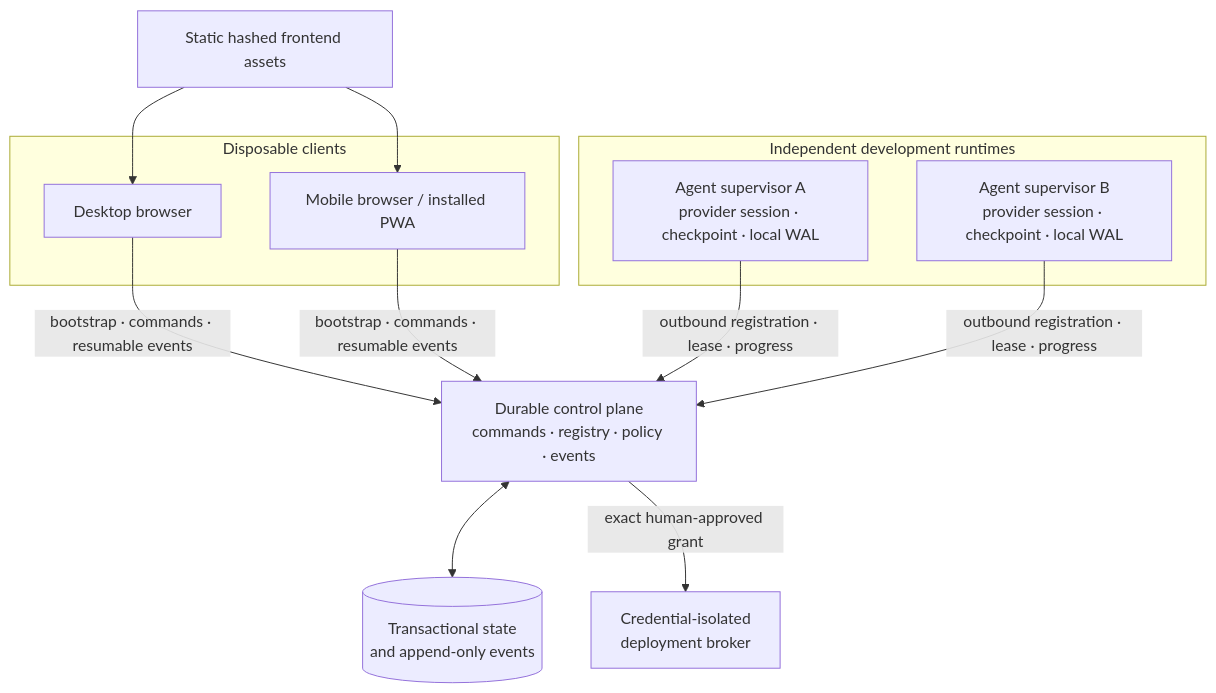
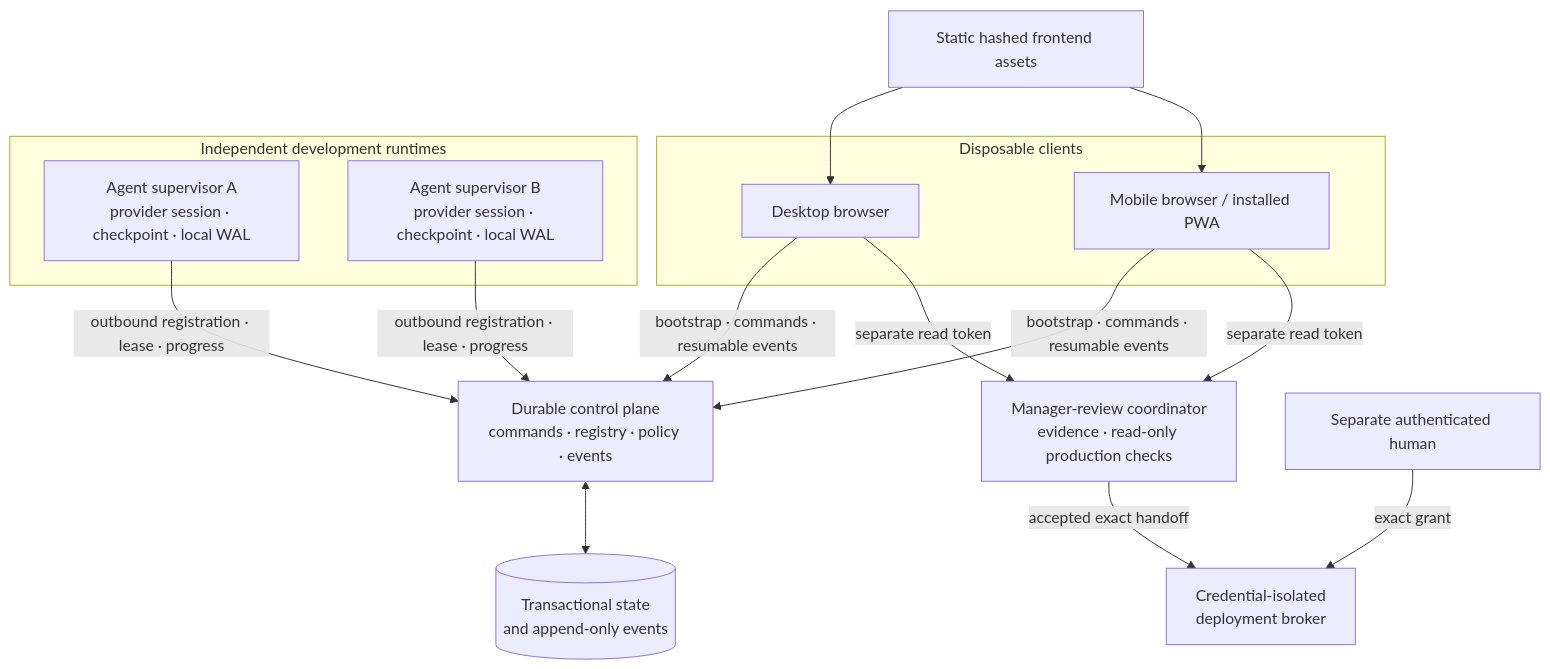
Before and after one commit to jsongga/nexus-seventeen: the diagram in docs/FRONTEND_CONTROL_PLANE.md, drawn with Mermaid. The commit also changed other lines of this file and 25 other files, not shown here.

Commit message:
[steward] fence manager reviews and expose human checks

````diff
--- a/docs/FRONTEND_CONTROL_PLANE.md
+++ b/docs/FRONTEND_CONTROL_PLANE.md
@@ -30,26 +31,31 @@
 ```mermaid
 flowchart TB
     subgraph clients[Disposable clients]
         desktop[Desktop browser]
         mobile[Mobile browser / installed PWA]
     end
 
     assets[Static hashed frontend assets]
     control[Durable control plane\ncommands · registry · policy · events]
     store[(Transactional state\nand append-only events)]
+    review[Manager-review coordinator\nevidence · read-only production checks]
     broker[Credential-isolated\ndeployment broker]
+    human[Separate authenticated human]
 
     subgraph runtimes[Independent development runtimes]
         supervisorA[Agent supervisor A\nprovider session · checkpoint · local WAL]
         supervisorB[Agent supervisor B\nprovider session · checkpoint · local WAL]
     end
 
     assets --> desktop
     assets --> mobile
     desktop -->|bootstrap · commands · resumable events| control
     mobile -->|bootstrap · commands · resumable events| control
+    desktop -->|separate read token| review
+    mobile -->|separate read token| review
     control <--> store
     supervisorA -->|outbound registration · lease · progress| control
     supervisorB -->|outbound registration · lease · progress| control
-    control -->|exact human-approved grant| broker
+    review -->|accepted exact handoff| broker
+    human -->|exact grant| broker
 ```
````
